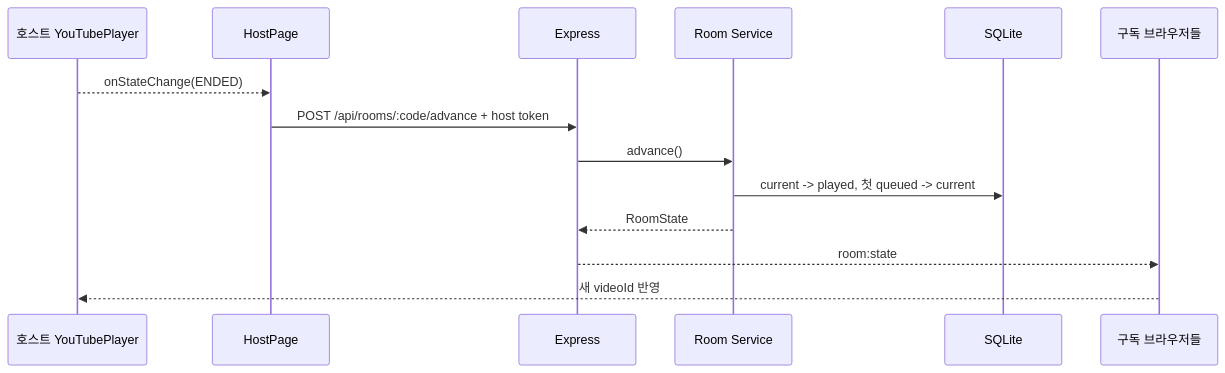
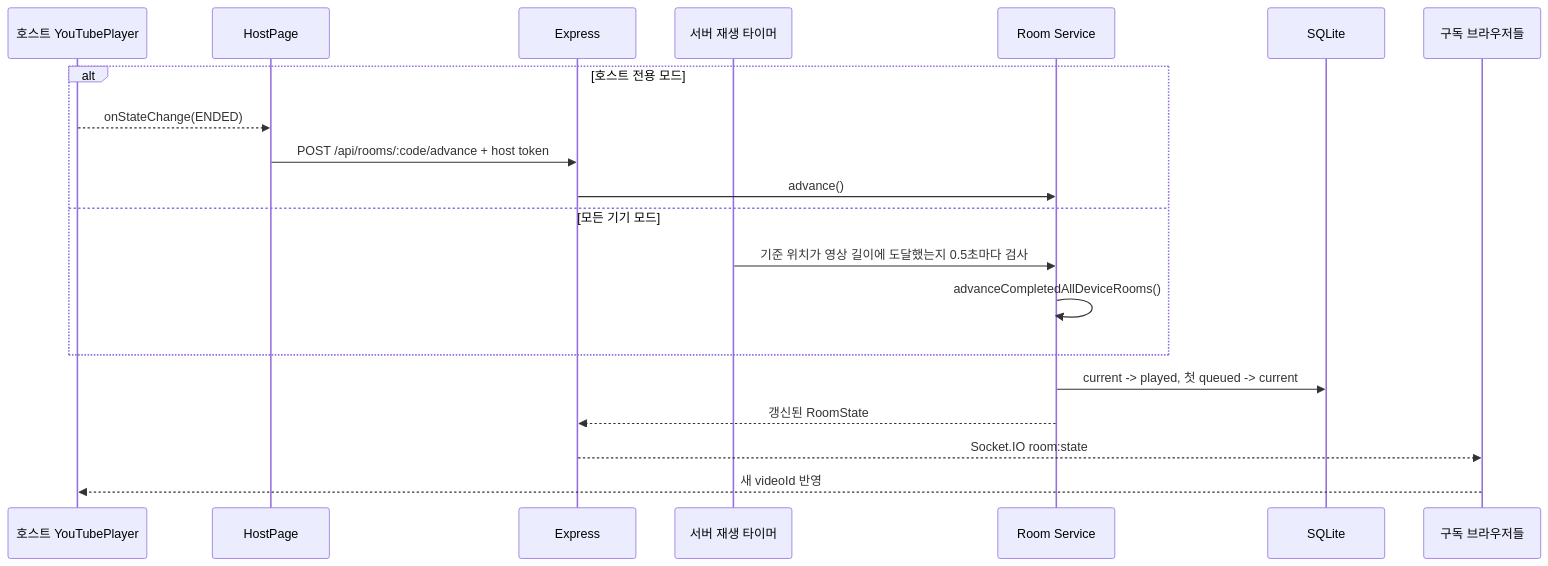
The sixth of 7 diagrams in docs/ARCHITECTURE.md (whitekw/jukebox), drawn with Mermaid before and after one commit. The commit also changed other lines of this file and 4 other files, not shown here.

````diff
--- a/docs/ARCHITECTURE.md
+++ b/docs/ARCHITECTURE.md
@@ -203,17 +203,23 @@
 ```mermaid
 sequenceDiagram
     participant Player as 호스트 YouTubePlayer
     participant Host as HostPage
     participant API as Express
+    participant Timer as 서버 재생 타이머
     participant RS as Room Service
     participant DB as SQLite
     participant Clients as 구독 브라우저들
 
-    Player-->>Host: onStateChange(ENDED)
-    Host->>API: POST /api/rooms/:code/advance + host token
-    API->>RS: advance()
+    alt 호스트 전용 모드
+        Player-->>Host: onStateChange(ENDED)
+        Host->>API: POST /api/rooms/:code/advance + host token
+        API->>RS: advance()
+    else 모든 기기 모드
+        Timer->>RS: 기준 위치가 영상 길이에 도달했는지 0.5초마다 검사
+        RS->>RS: advanceCompletedAllDeviceRooms()
+    end
     RS->>DB: current -> played, 첫 queued -> current
-    RS-->>API: RoomState
-    API-->>Clients: room:state
+    RS-->>API: 갱신된 RoomState
+    API-->>Clients: Socket.IO room:state
     Clients-->>Player: 새 videoId 반영
 ```
````
